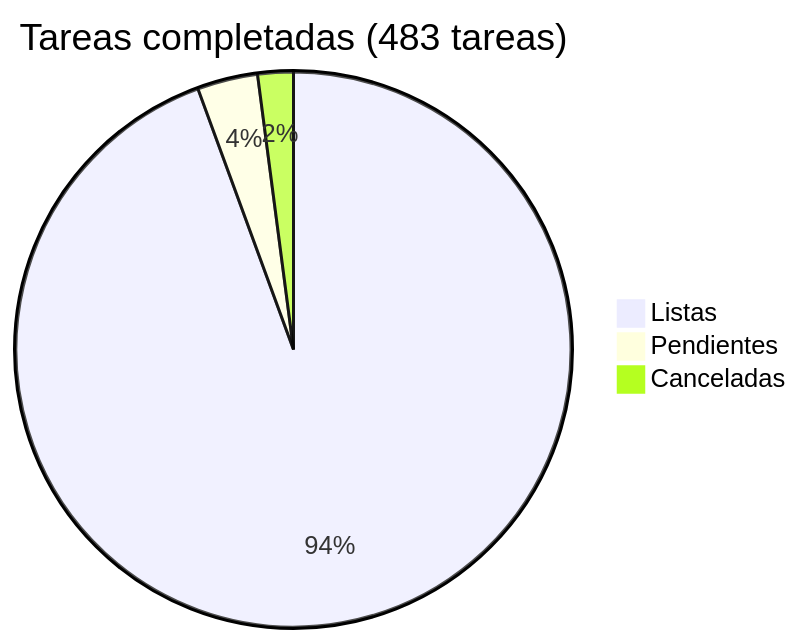
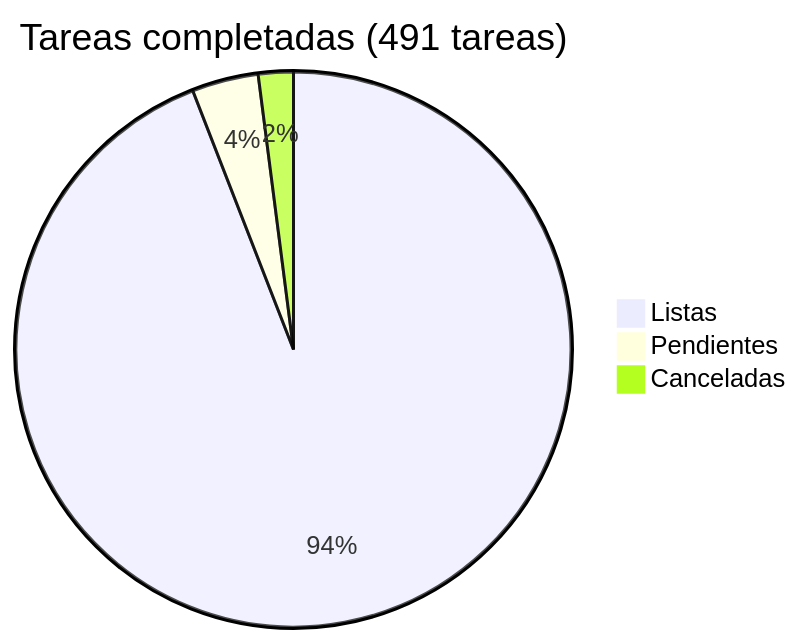
Before and after one commit to araguaney-lat/araguaney: the diagram in docs/roadmap/README.md, drawn with Mermaid. The commit also changed other lines of this file and 22 other files, not shown here.

````diff
--- a/docs/roadmap/README.md
+++ b/docs/roadmap/README.md
@@ -5,6 +5,6 @@
 ```mermaid
-pie title Tareas completadas (483 tareas)
-    "Listas" : 456
-    "Pendientes" : 17
+pie title Tareas completadas (491 tareas)
+    "Listas" : 462
+    "Pendientes" : 19
     "Canceladas" : 10
 ```
````
